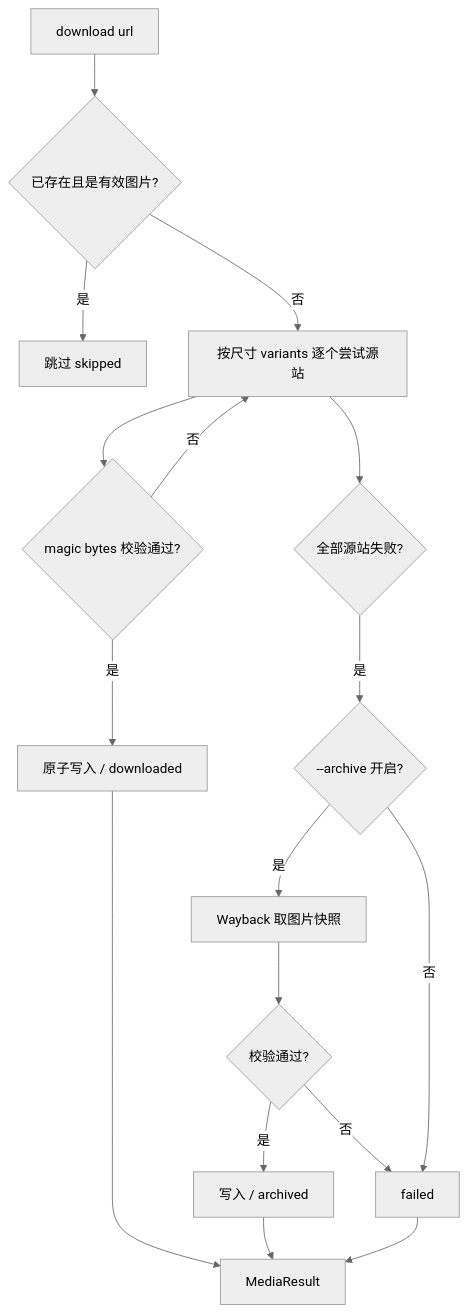
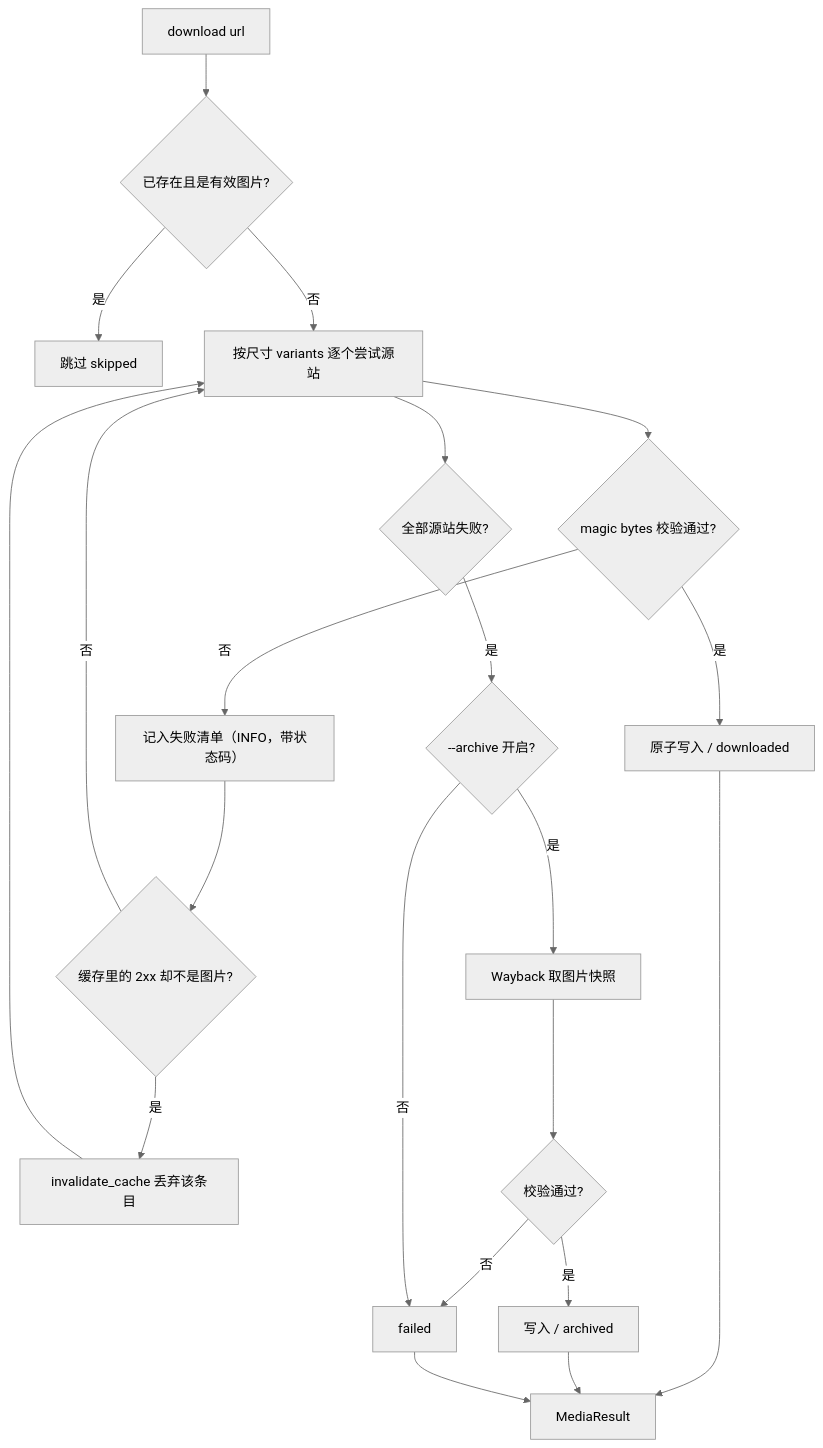
Before and after one commit to tautcony/usagiyama-index: the third of 4 diagrams in scraper/SCRAPER.md, drawn with Mermaid (neutral theme). The commit also changed other lines of this file and 441 other files, not shown here.

````diff
--- a/scraper/SCRAPER.md
+++ b/scraper/SCRAPER.md
@@ -467,19 +529,23 @@
 ```mermaid
 flowchart TD
     A[download url] --> B{已存在且是有效图片?}
     B -- 是 --> C[跳过 skipped]
     B -- 否 --> D[按尺寸 variants 逐个尝试源站]
     D --> E{magic bytes 校验通过?}
     E -- 是 --> F[原子写入 / downloaded]
-    E -- 否 --> D
+    E -- 否 --> E2["记入失败清单（INFO，带状态码）"]
+    E2 --> E3{"缓存里的 2xx 却不是图片?"}
+    E3 -- 是 --> E4[invalidate_cache 丢弃该条目]
+    E3 -- 否 --> D
+    E4 --> D
     D --> G{全部源站失败?}
     G -- 是 --> H{--archive 开启?}
     H -- 是 --> I[Wayback 取图片快照]
     I --> J{校验通过?}
     J -- 是 --> K[写入 / archived]
     J -- 否 --> L[failed]
     H -- 否 --> L
     F --> Z[MediaResult]
     K --> Z
     L --> Z
 ```
````
